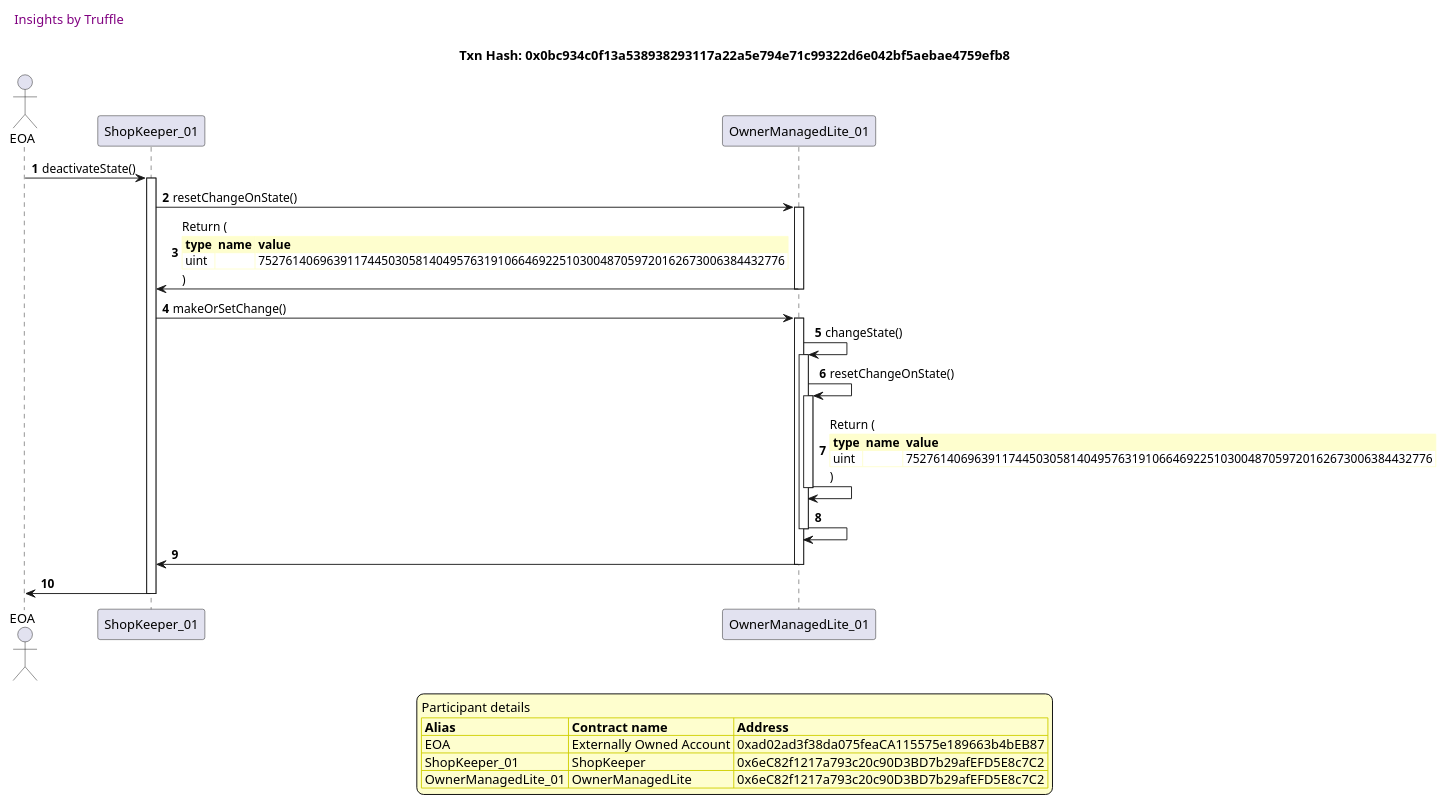
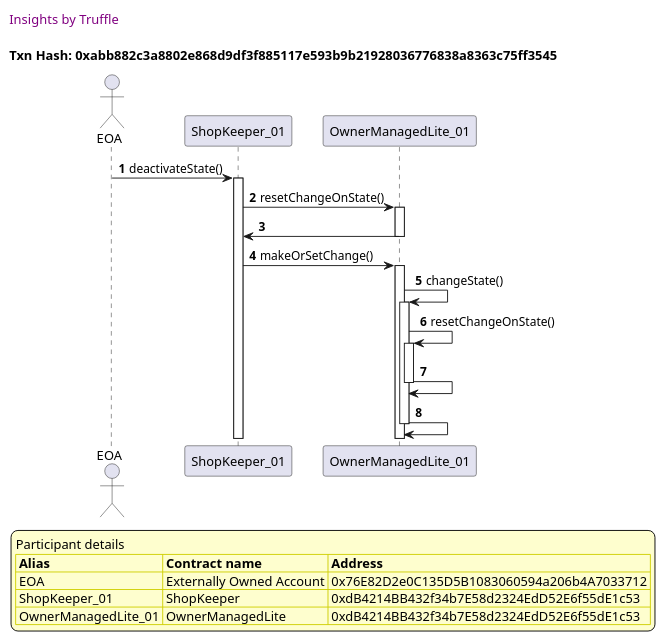
The third of 10 diagrams in truffle-seq/Shop_test_shopkeeper_add_shop.md (thedarkjester/ConsensysAssignment), drawn with PlantUML before and after one commit. The commit also changed other lines of this file and 13 other files, not shown here.

````diff
--- a/truffle-seq/Shop_test_shopkeeper_add_shop.md
+++ b/truffle-seq/Shop_test_shopkeeper_add_shop.md
@@ -110,53 +107,45 @@
 ```plantuml
 
 
 @startuml
 
 autonumber
 skinparam legendBackgroundColor #FEFECE
 
 <style>
       header {
         HorizontalAlignment left
         FontColor purple
         FontSize 14
         Padding 10
       }
     </style>
 
 header Insights by Truffle
 
-title Txn Hash: 0x0bc934c0f13a538938293117a22a5e794e71c99322d6e042bf5aebae4759efb8
+title Txn Hash: 0xabb882c3a8802e868d9df3f885117e593b9b21928036776838a8363c75ff3545
 
 
 actor EOA as "EOA"
 participant ShopKeeper_01 as "ShopKeeper_01"
 participant OwnerManagedLite_01 as "OwnerManagedLite_01"
 
 "EOA" -> "ShopKeeper_01" ++: deactivateState()
 "ShopKeeper_01" -> "OwnerManagedLite_01" ++: resetChangeOnState()
-"OwnerManagedLite_01" -> "ShopKeeper_01" --: Return (\n\
-<#FEFECE,#FEFECE>|= type |= name |= value |\n\
-| uint |  | 75276140696391174450305814049576319106646922510300487059720162673006384432776 |\n\
-)
+"OwnerManagedLite_01" -> "ShopKeeper_01" --: 
 "ShopKeeper_01" -> "OwnerManagedLite_01" ++: makeOrSetChange()
 "OwnerManagedLite_01" -> "OwnerManagedLite_01" ++: changeState()
 "OwnerManagedLite_01" -> "OwnerManagedLite_01" ++: resetChangeOnState()
-"OwnerManagedLite_01" -> "OwnerManagedLite_01" --: Return (\n\
-<#FEFECE,#FEFECE>|= type |= name |= value |\n\
-| uint |  | 75276140696391174450305814049576319106646922510300487059720162673006384432776 |\n\
-)
 "OwnerManagedLite_01" -> "OwnerManagedLite_01" --: 
-"OwnerManagedLite_01" -> "ShopKeeper_01" --: 
-"ShopKeeper_01" -> "EOA" --: 
+"OwnerManagedLite_01" -> "OwnerManagedLite_01" --: 
 
 legend
 Participant details
 <#FEFECE,#D0D000>|= Alias |= Contract name |= Address |
-<#FEFECE>| EOA | Externally Owned Account | 0xad02ad3f38da075feaCA115575e189663b4bEB87 |
-<#FEFECE>| ShopKeeper_01 | ShopKeeper | 0x6eC82f1217a793c20c90D3BD7b29afEFD5E8c7C2 |
-<#FEFECE>| OwnerManagedLite_01 | OwnerManagedLite | 0x6eC82f1217a793c20c90D3BD7b29afEFD5E8c7C2 |
+<#FEFECE>| EOA | Externally Owned Account | 0x76E82D2e0C135D5B1083060594a206b4A7033712 |
+<#FEFECE>| ShopKeeper_01 | ShopKeeper | 0xdB4214BB432f34b7E58d2324EdD52E6f55dE1c53 |
+<#FEFECE>| OwnerManagedLite_01 | OwnerManagedLite | 0xdB4214BB432f34b7E58d2324EdD52E6f55dE1c53 |
 endlegend
 
 @enduml
 ```
````
